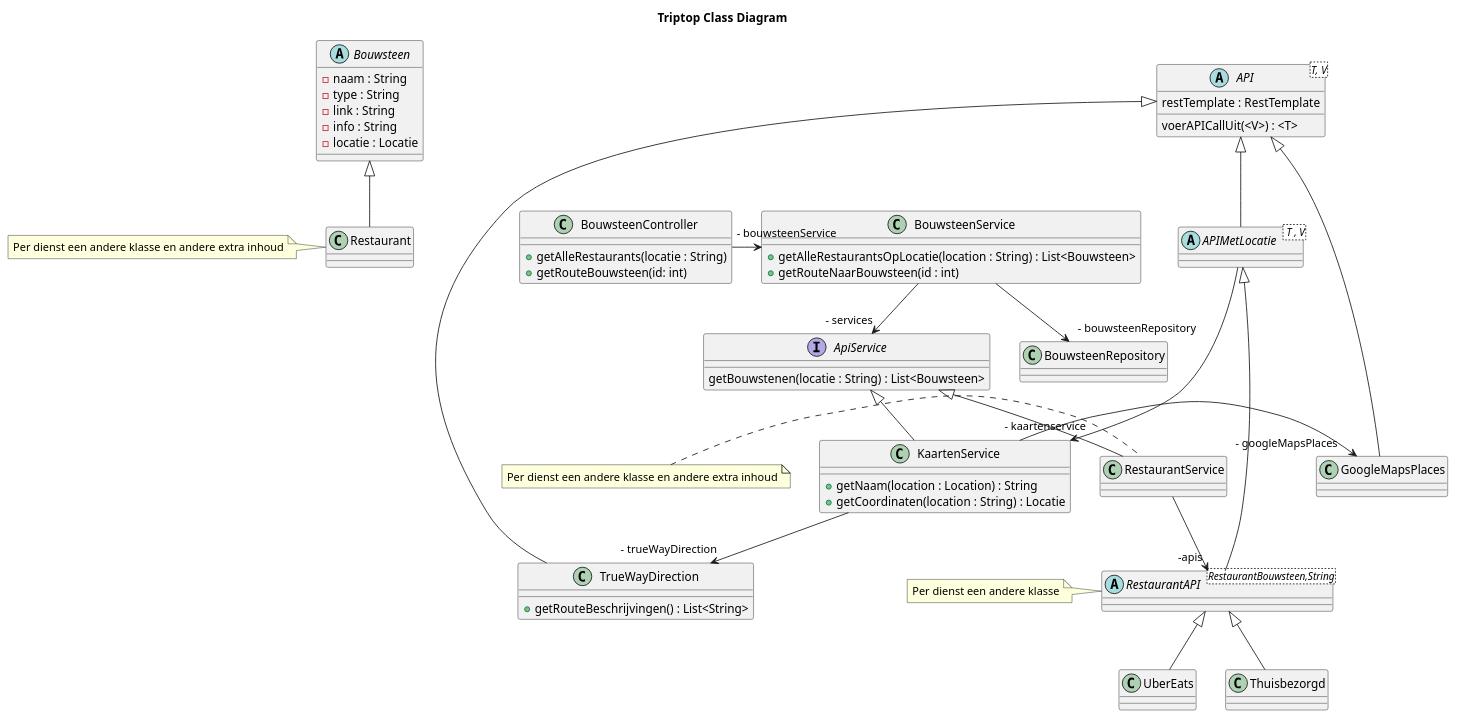
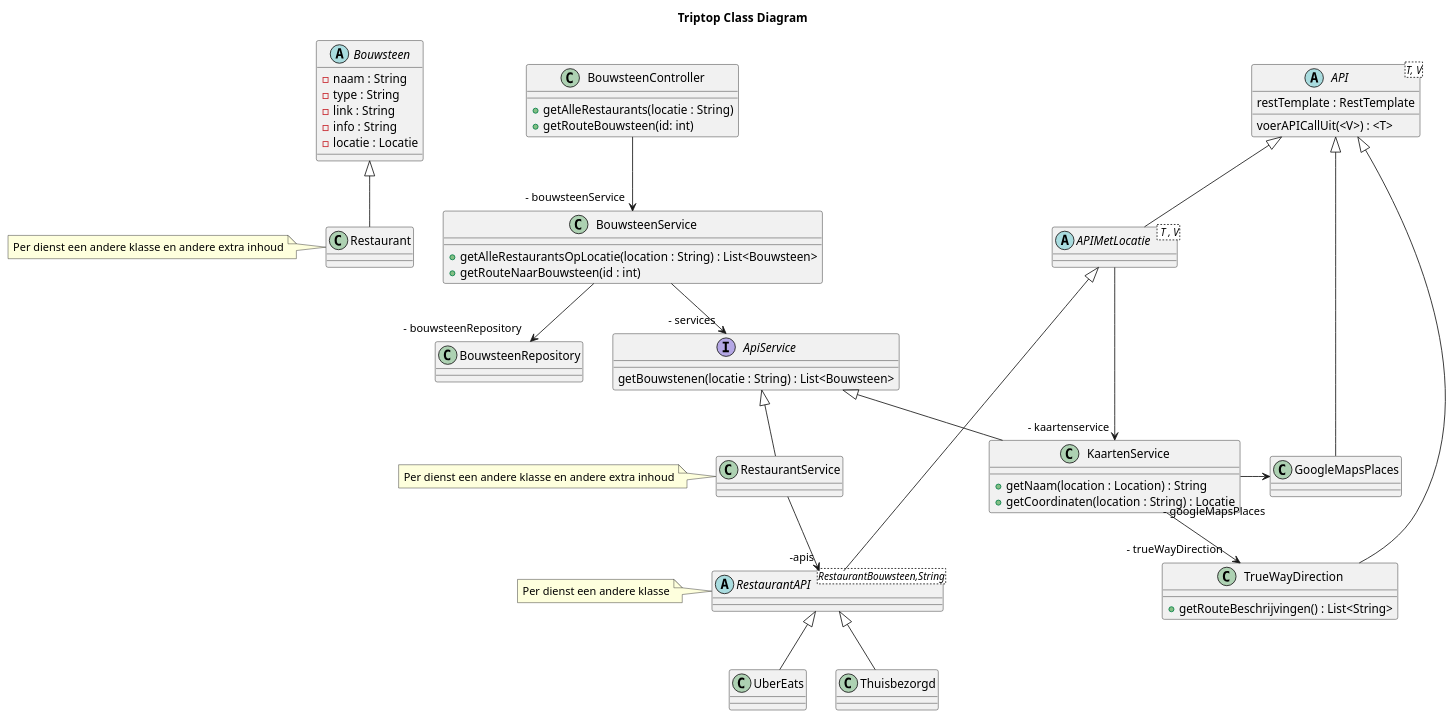
The diagram in individueel/diagram/class/Rianne-TripTopClassDiagram.puml (AIM-ENE-feb25/triptop-groep-1-met-third-wheel), drawn with PlantUML before and after one commit. The commit also changed 1 other file, not shown here.

Commit message:
Nieuw diagram
Layout veranderd

```diff
--- a/individueel/diagram/class/Rianne-TripTopClassDiagram.puml
+++ b/individueel/diagram/class/Rianne-TripTopClassDiagram.puml
@@ -1,73 +1,85 @@
 @startuml
 title Triptop Class Diagram
 
-class BouwsteenService{
-  +getAlleRestaurantsOpLocatie(location : String) : List<Bouwsteen>
-  +getRouteNaarBouwsteen(id : int)
-}
-
-class BouwsteenRepository {
-}
 abstract class Bouwsteen {
     - naam : String
     - type : String
     - link : String
     - info : String
     - locatie : Locatie
 }
 
 class Restaurant
 note left: Per dienst een andere klasse en andere extra inhoud
 
+Bouwsteen ^-- Restaurant
+
+
+class BouwsteenController {
+    +getAlleRestaurants(locatie : String)
+    +getRouteBouwsteen(id: int)
+}
+
+class BouwsteenService{
+  +getAlleRestaurantsOpLocatie(location : String) : List<Bouwsteen>
+  +getRouteNaarBouwsteen(id : int)
+}
+BouwsteenController --> "- bouwsteenService" BouwsteenService
+
+
+class BouwsteenRepository {
+}
+
+
+
 interface ApiService{
     getBouwstenen(locatie : String) : List<Bouwsteen>
 }
 
+class RestaurantService
+note left: Per dienst een andere klasse en andere extra inhoud
+
+
+
 class KaartenService{
     +getNaam(location : Location) : String
     +getCoordinaten(location : String) : Locatie
+}
+
+class GoogleMapsPlaces
+class TrueWayDirection{
++ getRouteBeschrijvingen() : List<String>
 }
 
 abstract class API <T, V> {
     restTemplate : RestTemplate
     voerAPICallUit(<V>) : <T>
 }
 
 abstract class APIMetLocatie < T , V>
 
-class BouwsteenController {
-    +getAlleRestaurants(locatie : String)
-    +getRouteBouwsteen(id: int)
-}
+
 
 abstract class RestaurantAPI <RestaurantBouwsteen,String> {
 }
 
 note left: Per dienst een andere klasse
 
 class UberEats
 class Thuisbezorgd
-class GoogleMapsPlaces
-class TrueWayDirection{
-+ getRouteBeschrijvingen() : List<String>
-}
-class RestaurantService
-note left: Per dienst een andere klasse en andere extra inhoud
 
-Bouwsteen ^-- Restaurant
 BouwsteenService -->" - services" ApiService
 ApiService ^-- RestaurantService
 API ^-- APIMetLocatie
 APIMetLocatie ---> "- kaartenservice" KaartenService
 RestaurantAPI ^-- UberEats
 RestaurantAPI ^-- Thuisbezorgd
 ApiService ^-- KaartenService
 RestaurantService --> "-apis" RestaurantAPI
 API ^-- TrueWayDirection
 API ^-- GoogleMapsPlaces
 APIMetLocatie ^-- RestaurantAPI
 KaartenService -->"- trueWayDirection" TrueWayDirection
 KaartenService ->"- googleMapsPlaces" GoogleMapsPlaces
 BouwsteenService --> "- bouwsteenRepository" BouwsteenRepository
-BouwsteenController -> "- bouwsteenService" BouwsteenService
 @enduml
```
